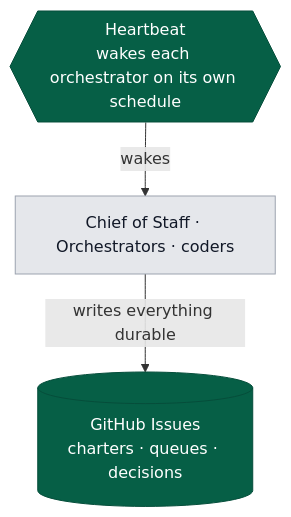
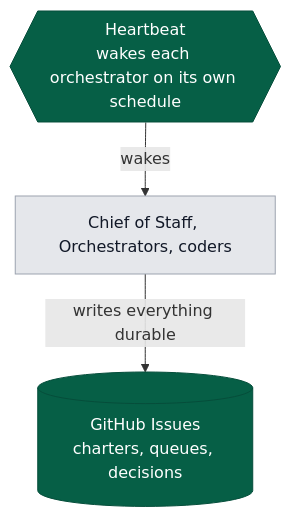
One commit to adamkaplan/fleet-kit changed the second of 2 diagrams in README.md. Above: the diagram before and after it, drawn with Mermaid. The commit also changed other lines of this file, not shown here.

````diff
--- a/README.md
+++ b/README.md
@@ -62,14 +78,14 @@
 ```mermaid
 flowchart TD
     HB{{"Heartbeat<br/>wakes each orchestrator on its own schedule"}}
-    FLEET["Chief of Staff · Orchestrators · coders"]
-    GH[("GitHub Issues<br/>charters · queues · decisions")]
+    FLEET["Chief of Staff, Orchestrators, coders"]
+    GH[("GitHub Issues<br/>charters, queues, decisions")]
 
     HB -->|"wakes"| FLEET
     FLEET -->|"writes everything durable"| GH
 
     classDef sub fill:#065f46,stroke:#064e3b,color:#ffffff
     classDef mid fill:#e5e7eb,stroke:#9ca3af,color:#111827
     class HB,GH sub
     class FLEET mid
 ```
````
